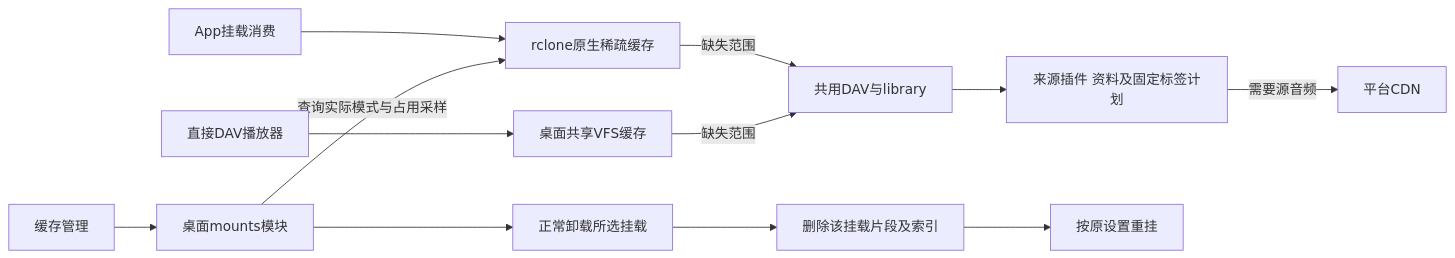
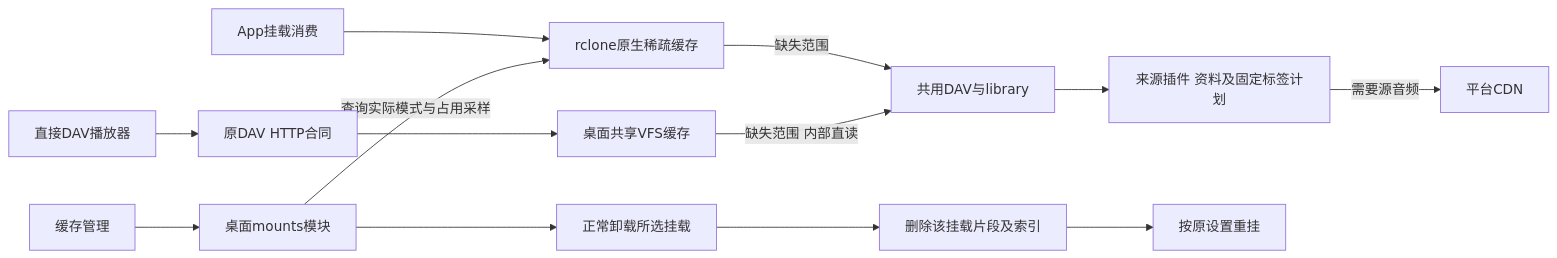
The second of 20 diagrams in docs/architecture/diagrams.md (shengyusi-SYS/musicfs), drawn with Mermaid before and after one commit. The commit also changed 7 other files, not shown here.

````diff
--- a/docs/architecture/diagrams.md
+++ b/docs/architecture/diagrams.md
@@ -25,14 +25,15 @@
 ```mermaid
 flowchart LR
   App[App挂载消费] --> VFS[rclone原生稀疏缓存]
   VFS -->|缺失范围| DAV[共用DAV与library]
-  Direct[直接DAV播放器] --> Shared[桌面共享VFS缓存]
-  Shared -->|缺失范围| DAV
+  Direct[直接DAV播放器] --> PublicDAV[原DAV HTTP合同]
+  PublicDAV --> Shared[桌面共享VFS缓存]
+  Shared -->|缺失范围 内部直读| DAV
   DAV --> Source[来源插件 资料及固定标签计划]
   Source -->|需要源音频| CDN[平台CDN]
   UI[缓存管理] --> Mounts[桌面mounts模块]
   Mounts -->|查询实际模式与占用采样| VFS
   Mounts --> Stop[正常卸载所选挂载]
   Stop --> Clear[删除该挂载片段及索引]
   Clear --> Remount[按原设置重挂]
 ```
````
